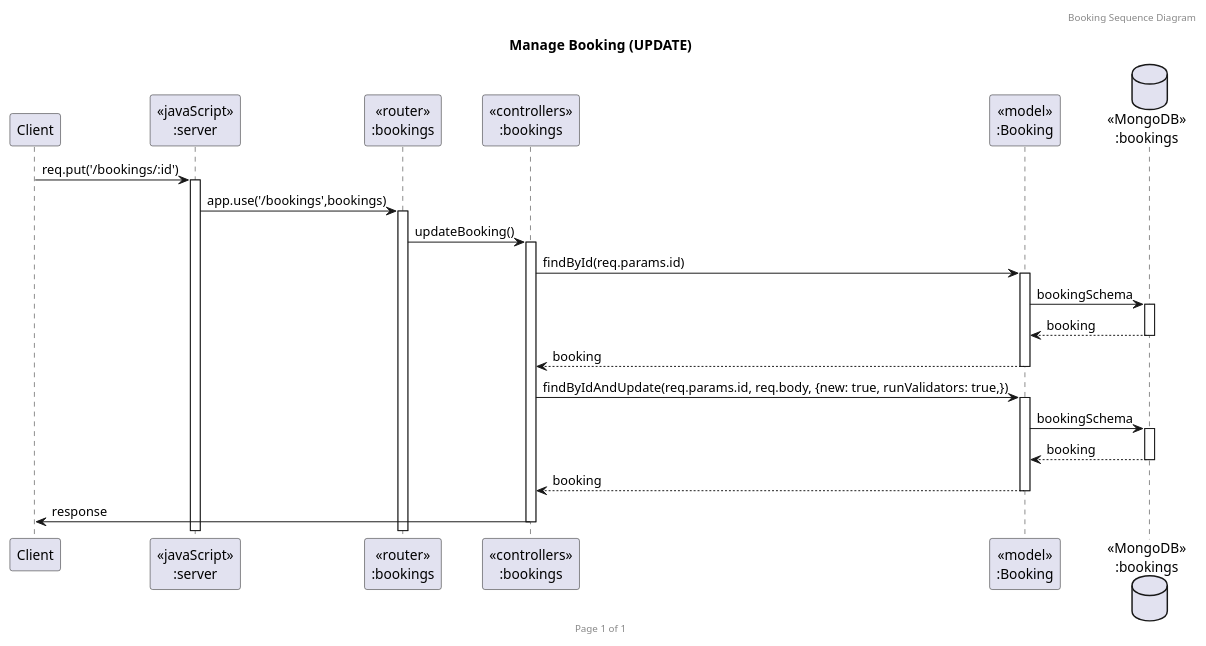
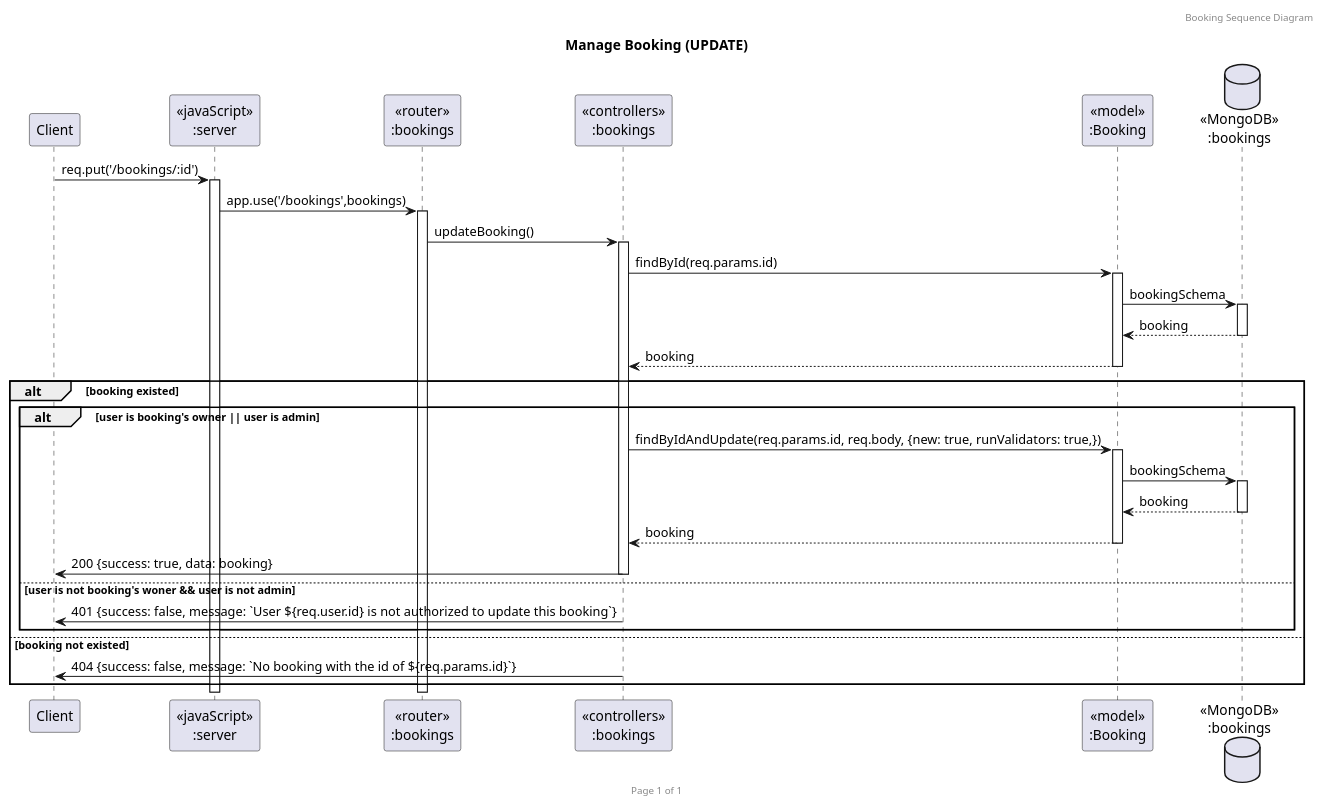
The diagram in presentation/Sequence_Diagram/Bookings/SequenceDiagram(UPDATE Booking).puml (2110503TACEDT66/presentation-day-1-i-am-the-bone-of-my-sources), drawn with PlantUML before and after one commit. The commit also changed 9 other files, not shown here.

Commit message:
Edit Bookings sequence diagram (Add Alt method)

```diff
--- a/presentation/Sequence_Diagram/Bookings/SequenceDiagram(UPDATE Booking).puml
+++ b/presentation/Sequence_Diagram/Bookings/SequenceDiagram(UPDATE Booking).puml
@@ -1,27 +1,35 @@
 @startuml Manage Booking (UPDATE)
 
 header Booking Sequence Diagram
 footer Page %page% of %lastpage%
 title "Manage Booking (UPDATE)"
 
 participant "Client" as client
 participant "<<javaScript>>\n:server" as server
 participant "<<router>>\n:bookings" as routerBookings
 participant "<<controllers>>\n:bookings" as controllersBookings
 participant "<<model>>\n:Booking" as modelBooking
 database "<<MongoDB>>\n:bookings" as BookingsDatabase
 
 client->server ++:req.put('/bookings/:id')
 server->routerBookings ++:app.use('/bookings',bookings)
 routerBookings -> controllersBookings ++:updateBooking()
 controllersBookings->modelBooking ++:findById(req.params.id)
 modelBooking ->BookingsDatabase ++: bookingSchema
 BookingsDatabase --> modelBooking --: booking
 controllersBookings <-- modelBooking --:booking
-controllersBookings->modelBooking ++:findByIdAndUpdate(req.params.id, req.body, {new: true, runValidators: true,})
-modelBooking ->BookingsDatabase ++: bookingSchema
-BookingsDatabase --> modelBooking --: booking
-controllersBookings <-- modelBooking --:booking
-controllersBookings->client --:response
+alt booking existed
+    alt user is booking's owner || user is admin
+        controllersBookings->modelBooking ++:findByIdAndUpdate(req.params.id, req.body, {new: true, runValidators: true,})
+        modelBooking ->BookingsDatabase ++: bookingSchema
+        BookingsDatabase --> modelBooking --: booking
+        controllersBookings <-- modelBooking --:booking
+        controllersBookings->client --:200 {success: true, data: booking}
+    else user is not booking's woner && user is not admin
+        controllersBookings->client --:401 {success: false, message: `User ${req.user.id} is not authorized to update this booking`}
+    end
+else booking not existed
+    controllersBookings->client --:404 {success: false, message: `No booking with the id of ${req.params.id}`}
+end
 
 @enduml
```
